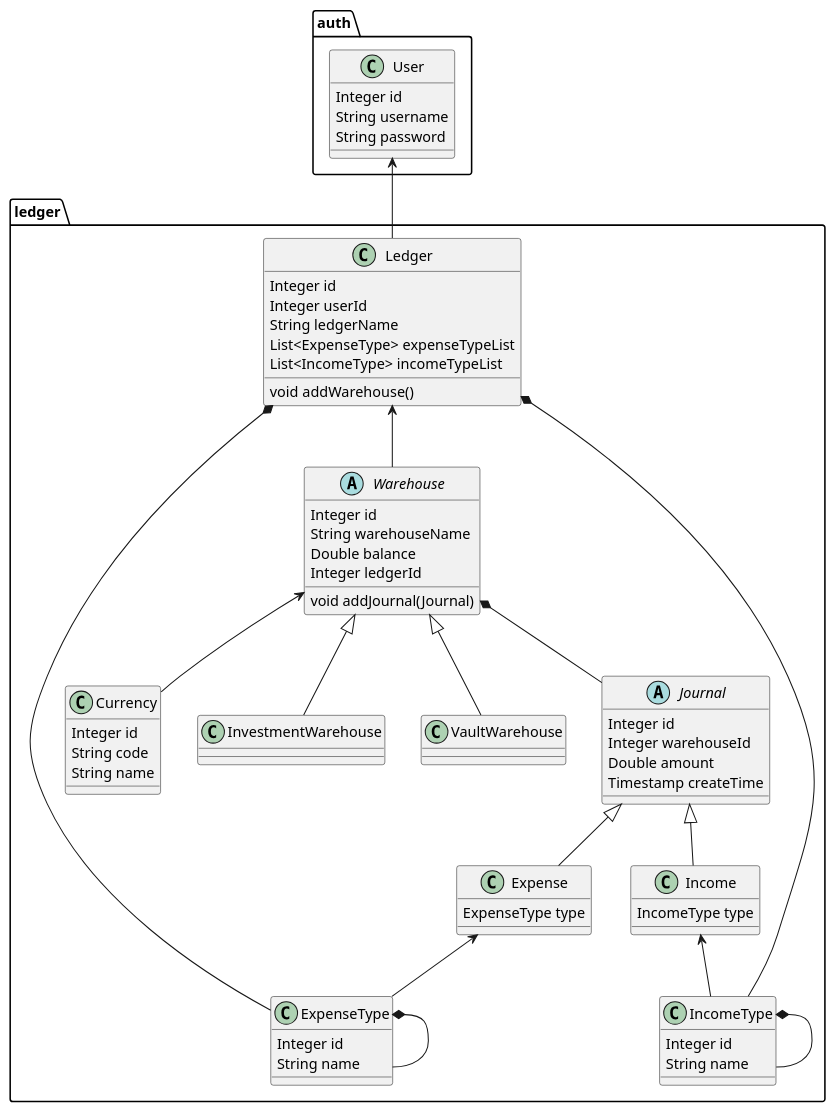
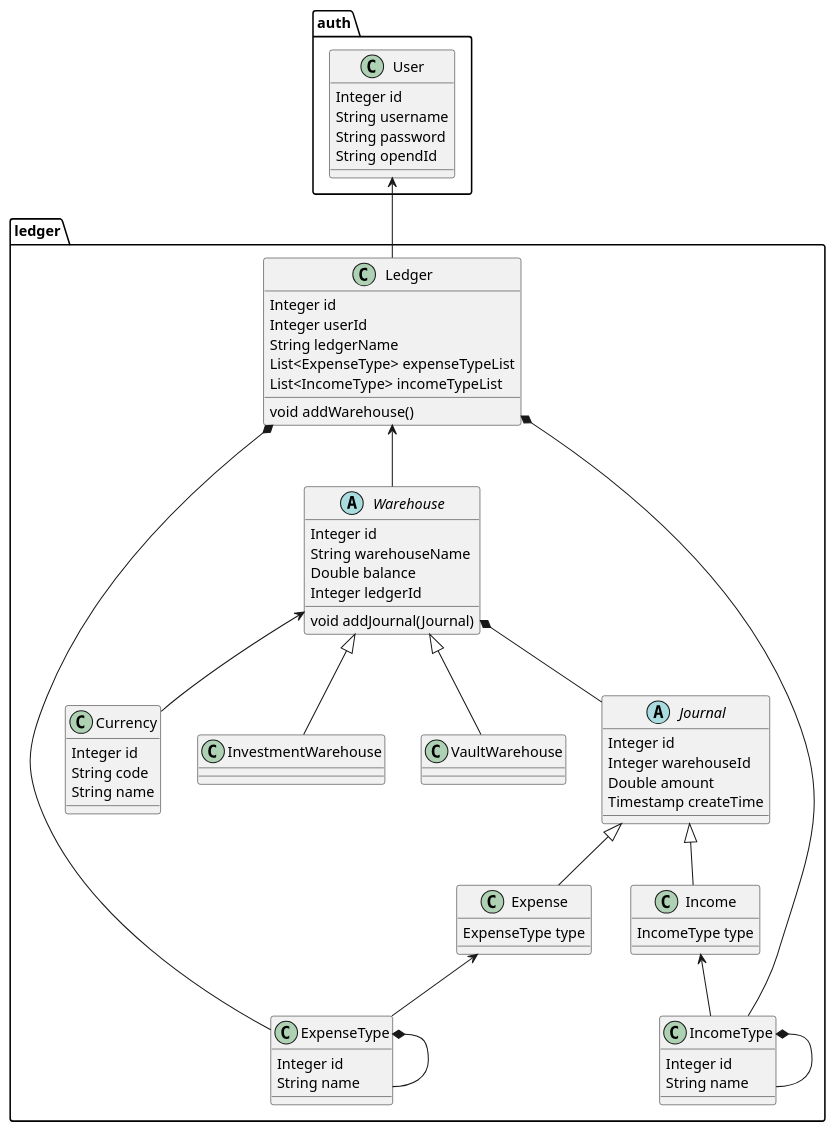
One commit to MinNanR/bookkeeping changed the second of 3 diagrams in class.puml. Above: the diagram before and after it, drawn with PlantUML. The commit also changed other lines of this file and 19 other files, not shown here.

```diff
--- a/class.puml
+++ b/class.puml
@@ -28,79 +28,80 @@
 @startuml
 package auth{
     class User{
     Integer id
     String username
     String password
+    String opendId
     }
 }
 
 package ledger{
     class Ledger{
     Integer id
     Integer userId
     String ledgerName
     List<ExpenseType> expenseTypeList
     List<IncomeType> incomeTypeList
     void addWarehouse()
     }
 
     abstract class Warehouse{
     Integer id
     String warehouseName
     Double balance
     Integer ledgerId
     void addJournal(Journal)
     }
 
     class Currency{
     Integer id
     String code
     String name
     }
 
     abstract class Journal{
     Integer id
     Integer warehouseId
     Double amount
     Timestamp createTime
     }
 
     class Expense{
     ExpenseType type
     }
 
     class Income{
     IncomeType type
     }
 
     class ExpenseType{
     Integer id
     String name
     }
 
     class IncomeType{
     Integer id
     String name
     }
 
     class InvestmentWarehouse
     class VaultWarehouse
 
     Warehouse <|-- InvestmentWarehouse
     Warehouse <|-- VaultWarehouse
     Ledger <-- Warehouse
     Warehouse <-- Currency
     Warehouse *-- Journal
     Journal <|-- Expense
     Journal <|-- Income
     Ledger *-- ExpenseType
     Ledger *-- IncomeType
     ExpenseType *-- ExpenseType
     IncomeType *-- IncomeType
     Expense <-- ExpenseType
     Income <-- IncomeType
 
 }
 
 User <-- Ledger
 @enduml
```
